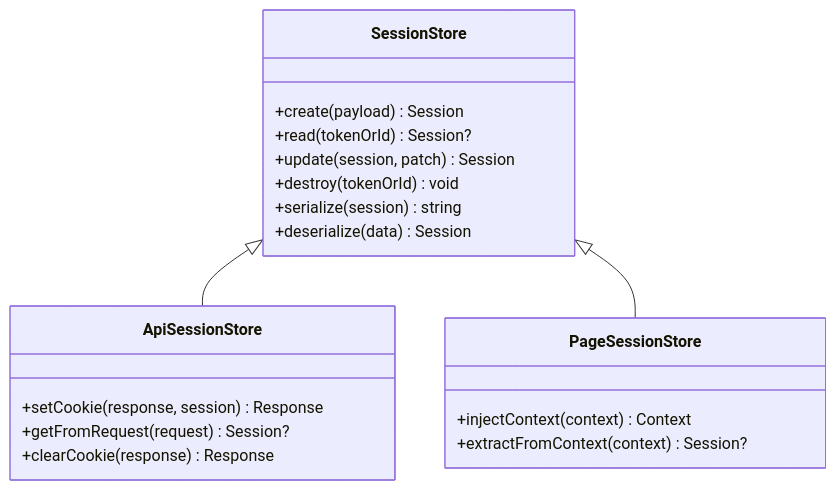
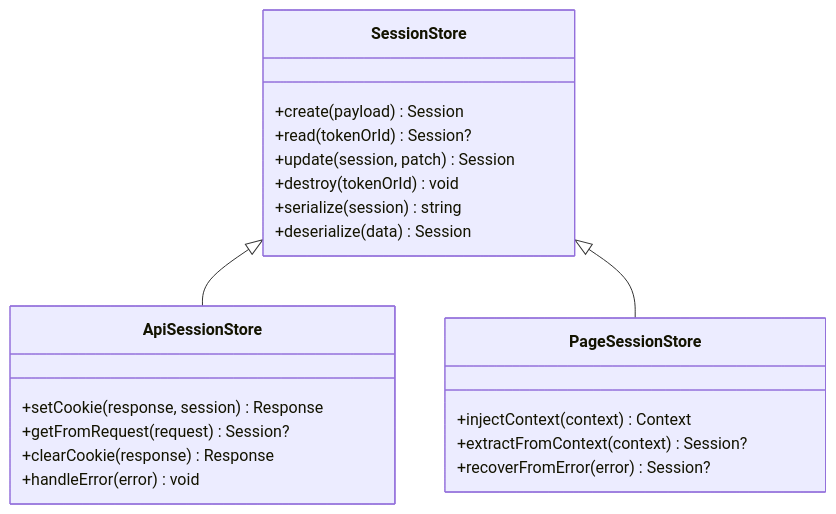
One commit to scottcwy/PurpleInk changed the third of 5 diagrams in .qoder/repowiki/zh/content/认证系统/会话管理.md. Above: the diagram before and after it, drawn with Mermaid. The commit also changed other lines of this file and 109 other files, not shown here.

````diff
--- a/.qoder/repowiki/zh/content/认证系统/会话管理.md
+++ b/.qoder/repowiki/zh/content/认证系统/会话管理.md
@@ -238,22 +254,24 @@
 ```mermaid
 classDiagram
 class SessionStore {
 +create(payload) Session
 +read(tokenOrId) Session?
 +update(session, patch) Session
 +destroy(tokenOrId) void
 +serialize(session) string
 +deserialize(data) Session
 }
 class ApiSessionStore {
 +setCookie(response, session) Response
 +getFromRequest(request) Session?
 +clearCookie(response) Response
++handleError(error) void
 }
 class PageSessionStore {
 +injectContext(context) Context
 +extractFromContext(context) Session?
++recoverFromError(error) Session?
 }
 SessionStore <|-- ApiSessionStore
 SessionStore <|-- PageSessionStore
 ```
````
